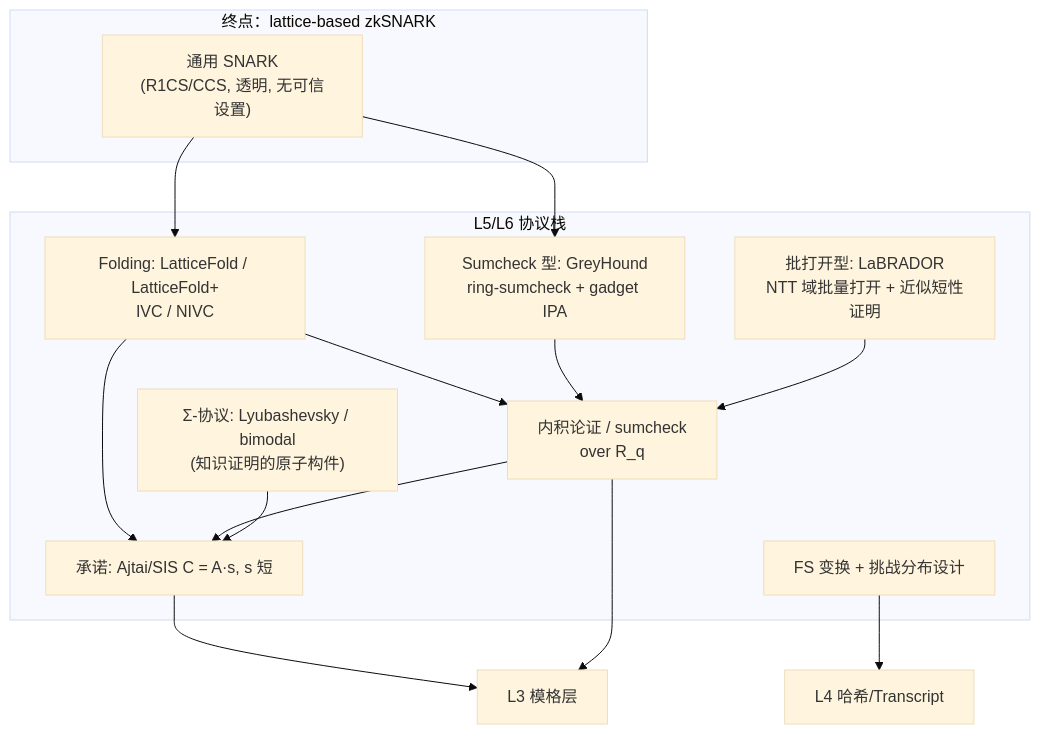
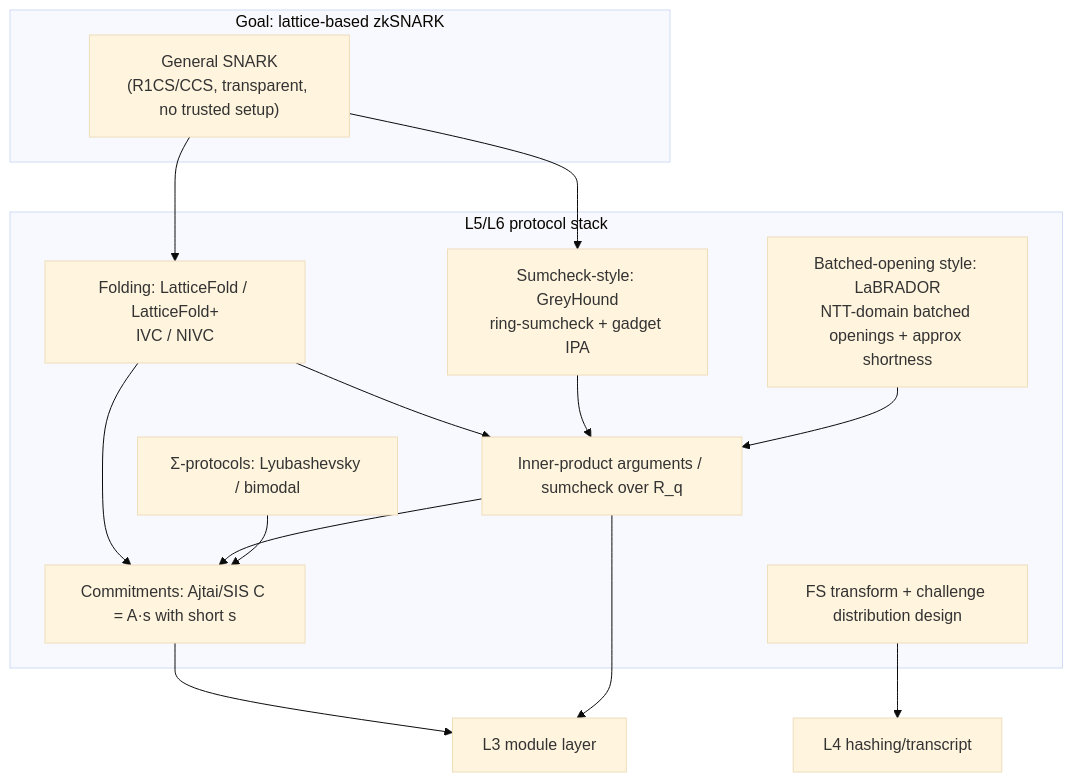
The first of 2 diagrams in docs/src/pages/schemes/zk-snark.mdx (SuccinctPaul/lattice-algebra-rs), drawn with Mermaid (base theme) before and after one commit. The commit also changed other lines of this file and 54 other files, not shown here.

````diff
--- a/docs/src/pages/schemes/zk-snark.mdx
+++ b/docs/src/pages/schemes/zk-snark.mdx
@@ -7,26 +7,26 @@
 ```mermaid
 flowchart TB
-    subgraph GOAL["终点：lattice-based zkSNARK"]
-        SNARK["通用 SNARK<br/>(R1CS/CCS, 透明, 无可信设置)"]
+    subgraph GOAL["Goal: lattice-based zkSNARK"]
+        SNARK["General SNARK<br/>(R1CS/CCS, transparent, no trusted setup)"]
     end
-    subgraph STACK["L5/L6 协议栈"]
+    subgraph STACK["L5/L6 protocol stack"]
         LFC["Folding: LatticeFold / LatticeFold+<br/>IVC / NIVC"]
-        GH["Sumcheck 型: GreyHound<br/>ring-sumcheck + gadget IPA"]
-        LAB["批打开型: LaBRADOR<br/>NTT 域批量打开 + 近似短性证明"]
-        SIGMA["Σ-协议: Lyubashevsky / bimodal<br/>(知识证明的原子构件)"]
-        COM["承诺: Ajtai/SIS C = A·s, s 短"]
-        IPA["内积论证 / sumcheck<br/>over R_q"]
-        FS2["FS 变换 + 挑战分布设计"]
+        GH["Sumcheck-style: GreyHound<br/>ring-sumcheck + gadget IPA"]
+        LAB["Batched-opening style: LaBRADOR<br/>NTT-domain batched openings + approx shortness"]
+        SIGMA["Σ-protocols: Lyubashevsky / bimodal"]
+        COM["Commitments: Ajtai/SIS C = A·s with short s"]
+        IPA["Inner-product arguments / sumcheck over R_q"]
+        FS2["FS transform + challenge distribution design"]
     end
     SNARK --> LFC
     SNARK --> GH
     LFC --> COM
     LFC --> IPA
     GH --> IPA
     LAB --> IPA
     IPA --> COM
     SIGMA --> COM
-    COM --> MODL["L3 模格层"]
+    COM --> MODL["L3 module layer"]
     IPA --> MODL
-    FS2 --> HASH["L4 哈希/Transcript"]
+    FS2 --> HASH["L4 hashing/transcript"]
 ```
````
